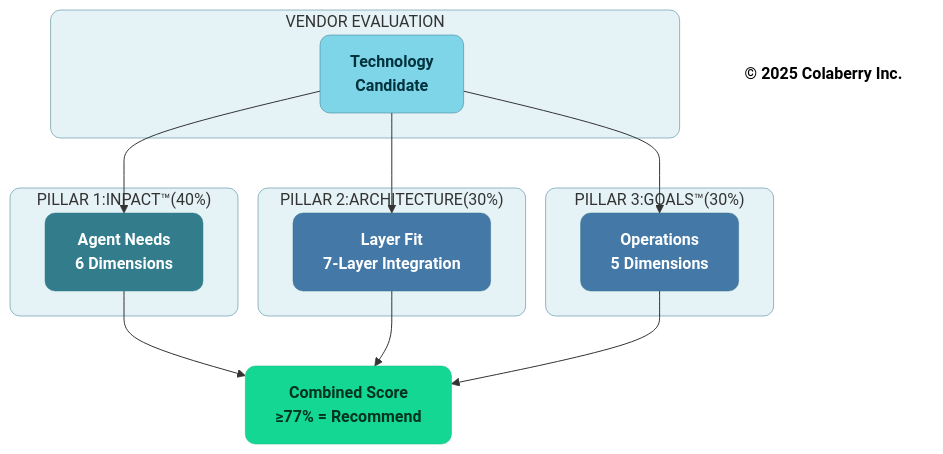
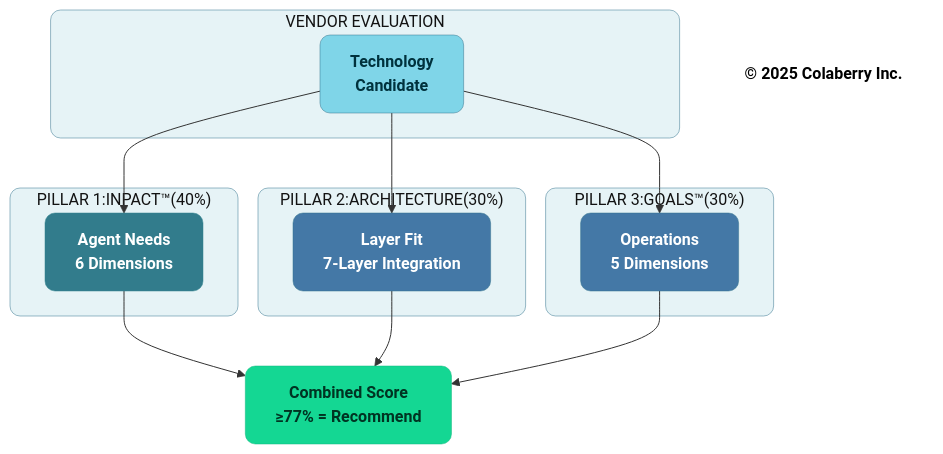
The second of 5 diagrams in manuscript/12_chapter_11_technology_selection_guide_v1_2.md (saitejesh-cyber/trust-before-intelligence-book), drawn with Mermaid before and after one commit. The commit also changed other lines of this file and 12 other files, not shown here.

````diff
--- a/manuscript/12_chapter_11_technology_selection_guide_v1_2.md
+++ b/manuscript/12_chapter_11_technology_selection_guide_v1_2.md
@@ -87,39 +87,39 @@
 ```mermaid
 graph TD
     subgraph VENDOR["VENDOR EVALUATION"]
         V["<b>Technology<br/>Candidate</b>"]
     end
     
     subgraph PILLAR1["PILLAR 1:INPACT™(40%)"]
         P1["<b>Agent Needs</b><br/><b>6 Dimensions</b>"]
     end
     
     subgraph PILLAR2["PILLAR 2:ARCHITECTURE(30%)"]
         P2["<b>Layer Fit</b><br/><b>7-Layer Integration</b>"]
     end
     
     subgraph PILLAR3["PILLAR 3:GOALS™(30%)"]
         P3["<b>Operations</b><br/><b>5 Dimensions</b>"]
     end
     
     V --> P1
     V --> P2
     V --> P3
     
     P1 --> SCORE["<b>Combined Score</b><br/><b>≥77% = Recommend</b>"]
     P2 --> SCORE
     P3 --> SCORE
     
     Copyright["<b>© 2025 Colaberry Inc.</b>"]
     
-    style VENDOR fill:#E6F3F6,stroke:#32738C,stroke-width:0.5px,rx:10,ry:10
-    style PILLAR1 fill:#E6F3F6,stroke:#32738C,stroke-width:0.5px,rx:10,ry:10
-    style PILLAR2 fill:#E6F3F6,stroke:#32738C,stroke-width:0.5px,rx:10,ry:10
-    style PILLAR3 fill:#E6F3F6,stroke:#32738C,stroke-width:0.5px,rx:10,ry:10
+    style VENDOR fill:#E6F3F6,stroke:#32738C,stroke-width:0.5px,color:#121212,rx:10,ry:10
+    style PILLAR1 fill:#E6F3F6,stroke:#32738C,stroke-width:0.5px,color:#121212,rx:10,ry:10
+    style PILLAR2 fill:#E6F3F6,stroke:#32738C,stroke-width:0.5px,color:#121212,rx:10,ry:10
+    style PILLAR3 fill:#E6F3F6,stroke:#32738C,stroke-width:0.5px,color:#121212,rx:10,ry:10
     style V fill:#7FD5E8,stroke:#32738C,stroke-width:0.5px,color:#00323D,rx:10,ry:10
     style P1 fill:#327C8C,stroke:#30838C,stroke-width:0.5px,color:#ffffff,rx:10,ry:10
     style P2 fill:#4478A6,stroke:#32738C,stroke-width:0.5px,color:#ffffff,rx:10,ry:10
     style P3 fill:#4478A6,stroke:#32738C,stroke-width:0.5px,color:#ffffff,rx:10,ry:10
     style SCORE fill:#14D793,stroke:#0FB67D,stroke-width:0.5px,color:#003322,rx:10,ry:10
     style Copyright fill:none,stroke:none,color:#000000
 ```
````
